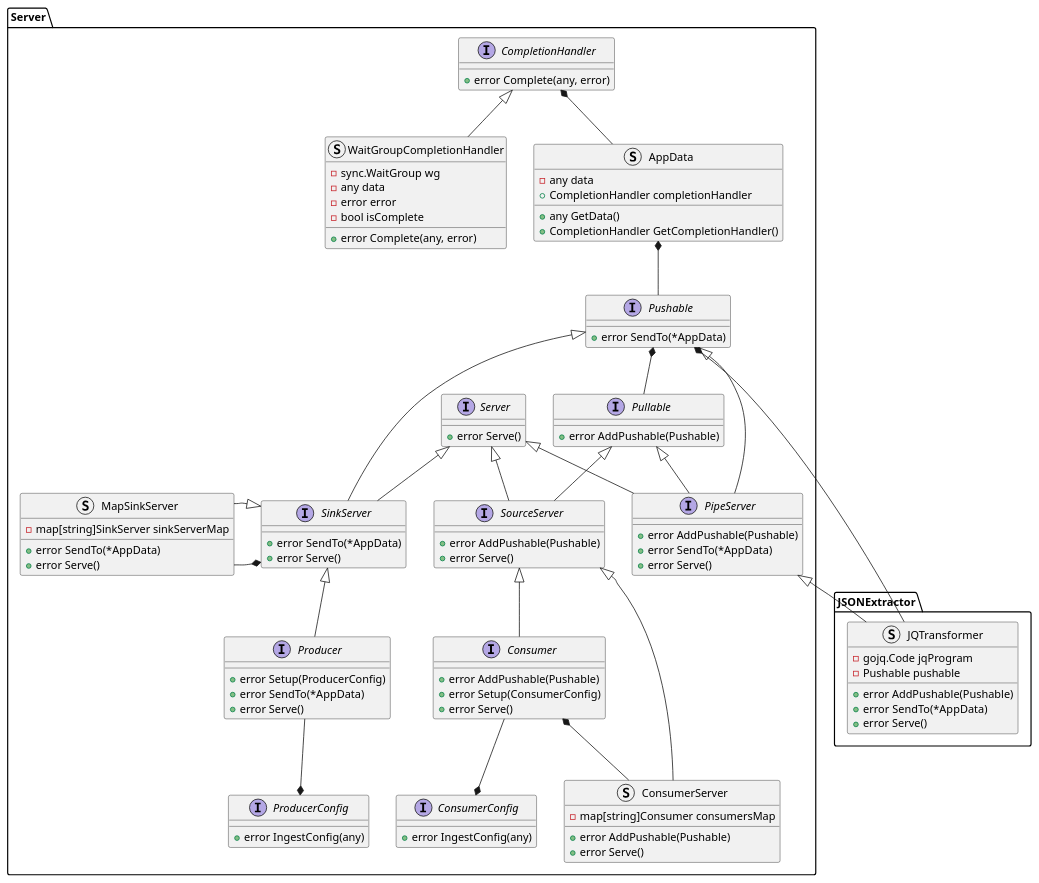
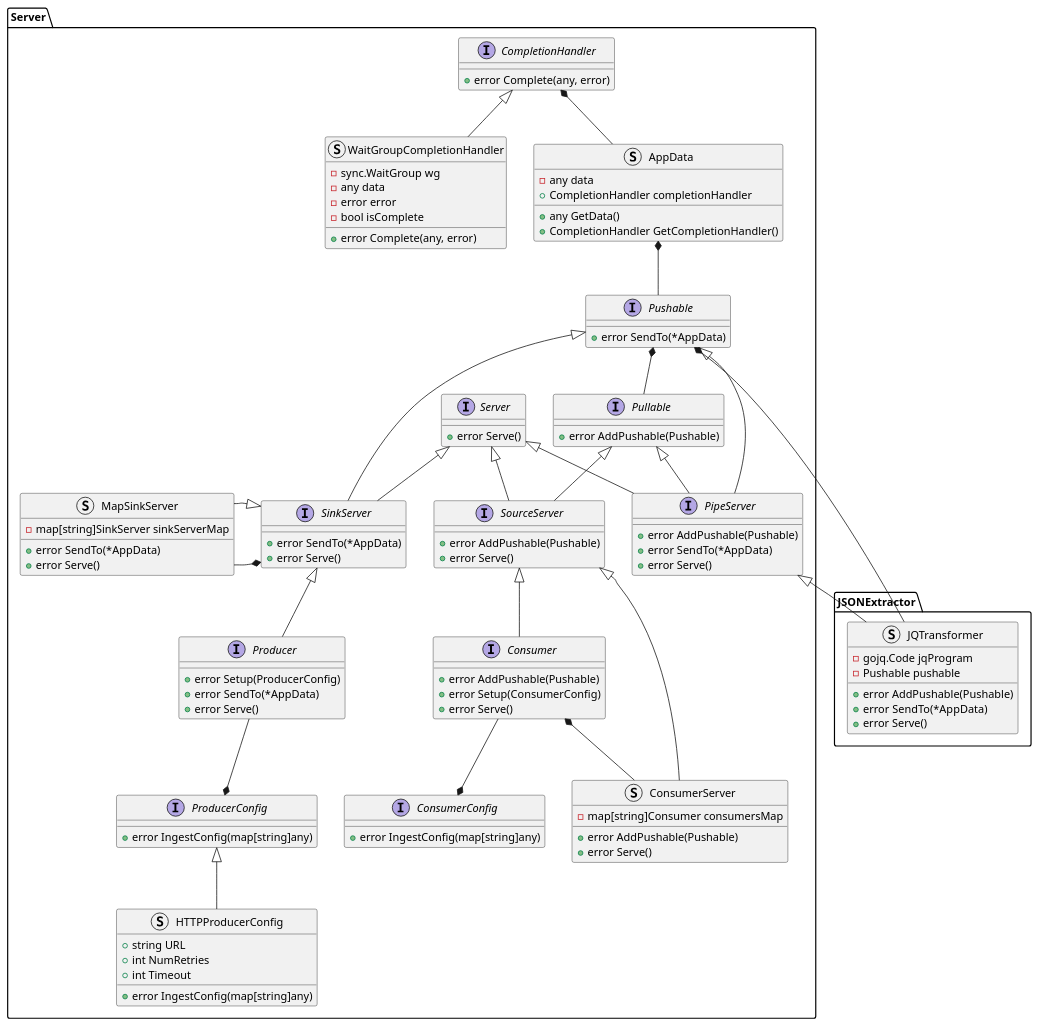
One commit to xtuml/otel2pv changed the diagram in docs/design_notes/DN1_JSON_Extractor/class_diagram.puml. Above: the diagram before and after it, drawn with PlantUML. The commit also changed 5 other files, not shown here.

First line of the commit message:
Cdsopv 78 create config for http producer (#38)

```diff
--- a/docs/design_notes/DN1_JSON_Extractor/class_diagram.puml
+++ b/docs/design_notes/DN1_JSON_Extractor/class_diagram.puml
@@ -1,102 +1,110 @@
 @startuml
 namespace JSONExtractor {
     struct JQTransformer {
         -gojq.Code jqProgram
         -Pushable pushable
         +error AddPushable(Pushable)
         +error SendTo(*AppData)
         +error Serve()
     }
 }
 namespace Server {
     interface CompletionHandler {
         +error Complete(any, error)
     }
     struct WaitGroupCompletionHandler {
         -sync.WaitGroup wg
         -any data
         -error error
         -bool isComplete
         +error Complete(any, error)
     }
     struct AppData {
         -any data
         +CompletionHandler completionHandler
         +any GetData()
         +CompletionHandler GetCompletionHandler()
     }
     interface Server {
         +error Serve()
     }
     interface Pullable {
         +error AddPushable(Pushable)
     }
     interface Pushable {
         +error SendTo(*AppData)
     }
     interface SourceServer {
         +error AddPushable(Pushable)
         +error Serve()
     }
     interface SinkServer {
         +error SendTo(*AppData)
         +error Serve()
     }
     interface PipeServer {
         +error AddPushable(Pushable)
         +error SendTo(*AppData)
         +error Serve()
     }
     interface Producer {
         +error Setup(ProducerConfig)
         +error SendTo(*AppData)
         +error Serve()
     }
     interface Consumer {
         +error AddPushable(Pushable)
         +error Setup(ConsumerConfig)
         +error Serve()
     }
     struct MapSinkServer {
         -map[string]SinkServer sinkServerMap
         +error SendTo(*AppData)
         +error Serve()
     }
     struct ConsumerServer {
         -map[string]Consumer consumersMap
         +error AddPushable(Pushable)
         +error Serve()
     }
     interface ProducerConfig {
-        +error IngestConfig(any)
+        +error IngestConfig(map[string]any)
     }
+    struct HTTPProducerConfig {
+        +string URL
+        +int NumRetries
+        +int Timeout
+        +error IngestConfig(map[string]any)
+    }
+
     interface ConsumerConfig {
-        +error IngestConfig(any)
+        +error IngestConfig(map[string]any)
     }
 }
 Server.CompletionHandler <|-- Server.WaitGroupCompletionHandler
 Server.CompletionHandler *-- Server.AppData
 Server.AppData *-- Server.Pushable
 Server.Server <|-- Server.SourceServer
 Server.Pushable *-- Server.Pullable
 Server.Pullable <|-- Server.SourceServer
 Server.Server <|-- Server.SinkServer
 Server.Pushable <|-- Server.SinkServer
 Server.Pushable <|-- Server.PipeServer
 Server.Pullable <|-- Server.PipeServer
 Server.Server <|-- Server.PipeServer
 
 Server.SinkServer <|-- Server.Producer
 Server.SinkServer *-left- Server.MapSinkServer
 Server.SinkServer <|-left- Server.MapSinkServer
 Server.SourceServer <|-- Server.ConsumerServer
 Server.Consumer *-- Server.ConsumerServer
 Server.SourceServer <|-- Server.Consumer
 
 Server.PipeServer <|-- JSONExtractor.JQTransformer
 Server.Pushable *-- JSONExtractor.JQTransformer
 
 
 Server.ConsumerConfig *-up- Server.Consumer
 Server.ProducerConfig *-up- Server.Producer
+Server.ProducerConfig <|-- Server.HTTPProducerConfig
 @enduml
```
